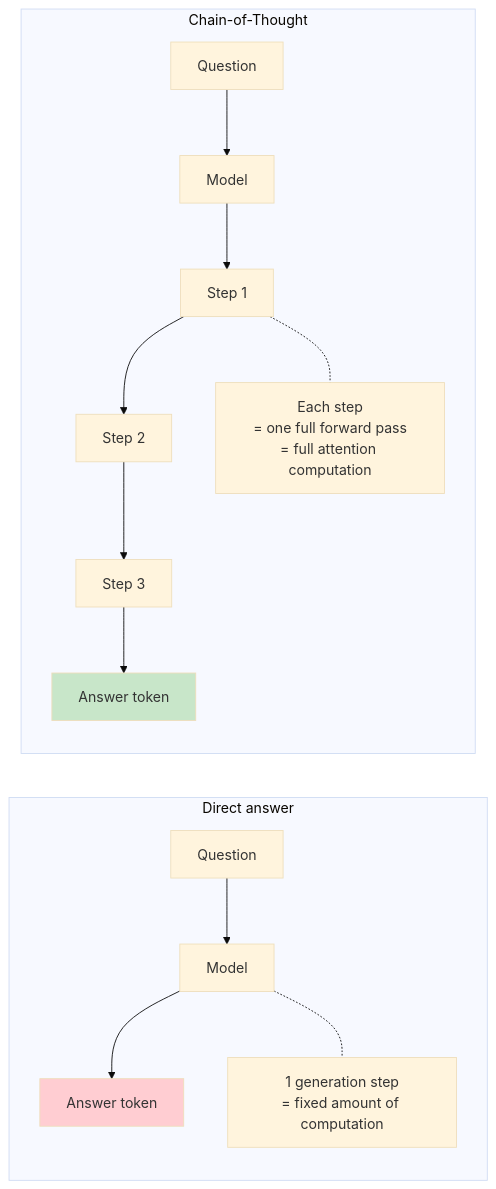
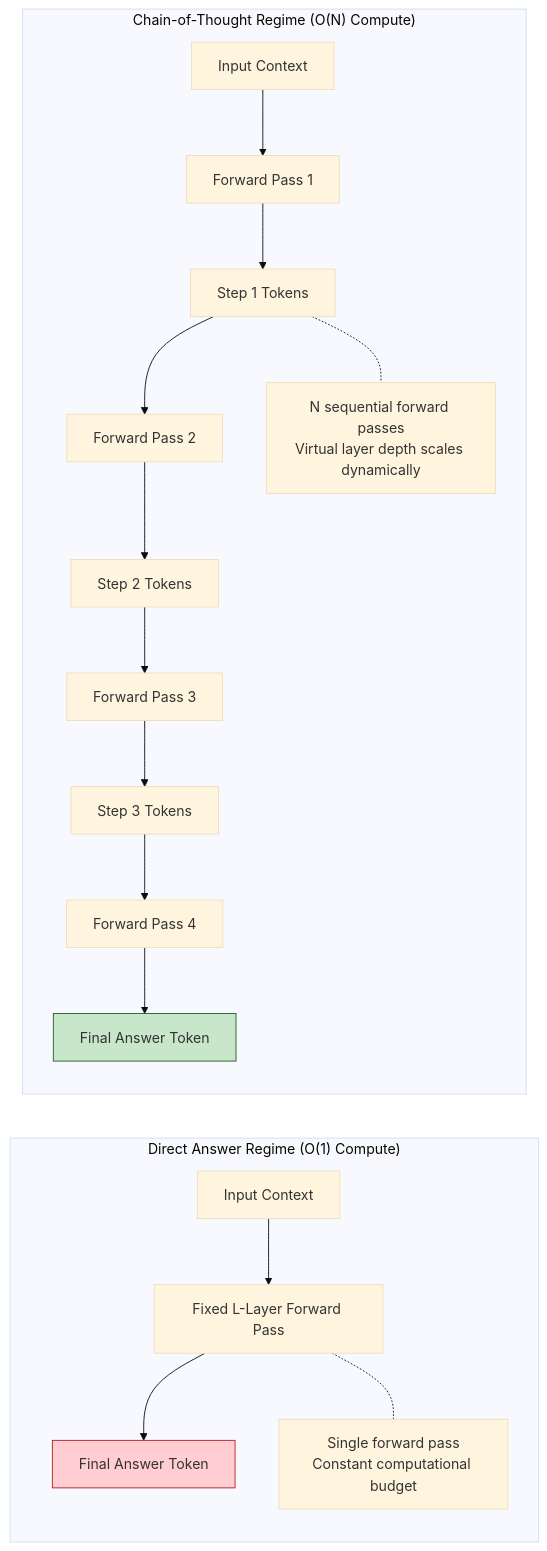
One commit to yingwang/thinking-in-llm changed the first of 7 diagrams in en/chapters/08-reasoning.md. Above: the diagram before and after it, drawn with Mermaid (base theme). The commit also changed other lines of this file and 31 other files, not shown here.

````diff
--- a/en/chapters/08-reasoning.md
+++ b/en/chapters/08-reasoning.md
@@ -53,15 +54,18 @@
 ```mermaid
 flowchart LR
-    subgraph Direct["Direct answer"]
-        Q1["Question"] --> M1["Model"] --> A1["Answer token"]
-        M1 -.- N1["1 generation step<br>= fixed amount of computation"]
+    subgraph Direct["Direct Answer Regime (O(1) Compute)"]
+        Q1["Input Context"] --> M1["Fixed L-Layer Forward Pass"] --> A1["Final Answer Token"]
+        M1 -.- N1["Single forward pass<br/>Constant computational budget"]
     end
 
-    subgraph CoT["Chain-of-Thought"]
-        Q2["Question"] --> M2["Model"] --> S1["Step 1"] --> S2["Step 2"] --> S3["Step 3"] --> A2["Answer token"]
-        S1 -.- N2["Each step<br>= one full forward pass<br>= full attention computation"]
+    subgraph CoT["Chain-of-Thought Regime (O(N) Compute)"]
+        Q2["Input Context"] --> M2["Forward Pass 1"] --> S1["Step 1 Tokens"]
+        S1 --> M3["Forward Pass 2"] --> S2["Step 2 Tokens"]
+        S2 --> M4["Forward Pass 3"] --> S3["Step 3 Tokens"]
+        S3 --> M5["Forward Pass 4"] --> A2["Final Answer Token"]
+        S1 -.- N2["N sequential forward passes<br/>Virtual layer depth scales dynamically"]
     end
 
-    style A1 fill:#ffcdd2
-    style A2 fill:#c8e6c9
+    style A1 fill:#ffcdd2,stroke:#b71c1c
+    style A2 fill:#c8e6c9,stroke:#1b5e20
 ```
````
